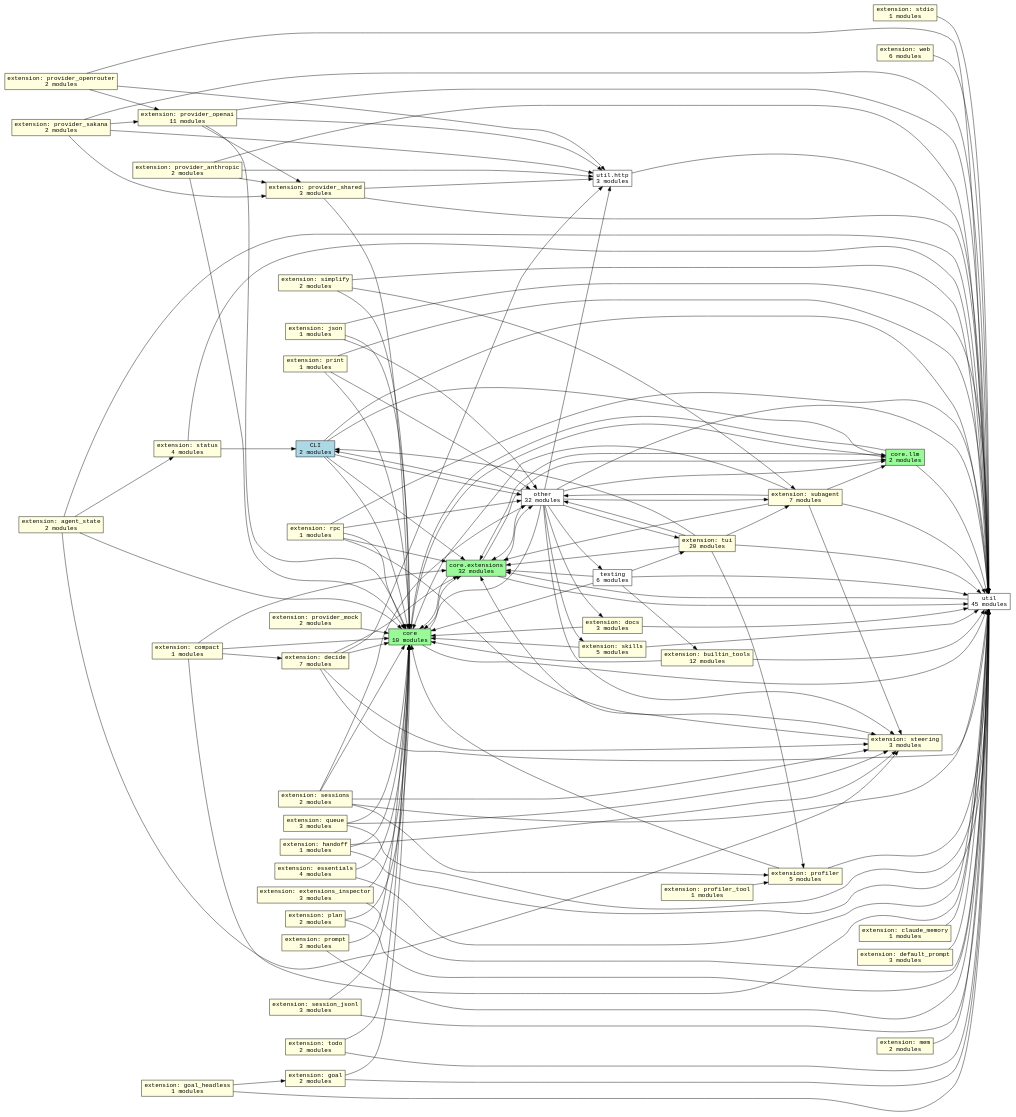
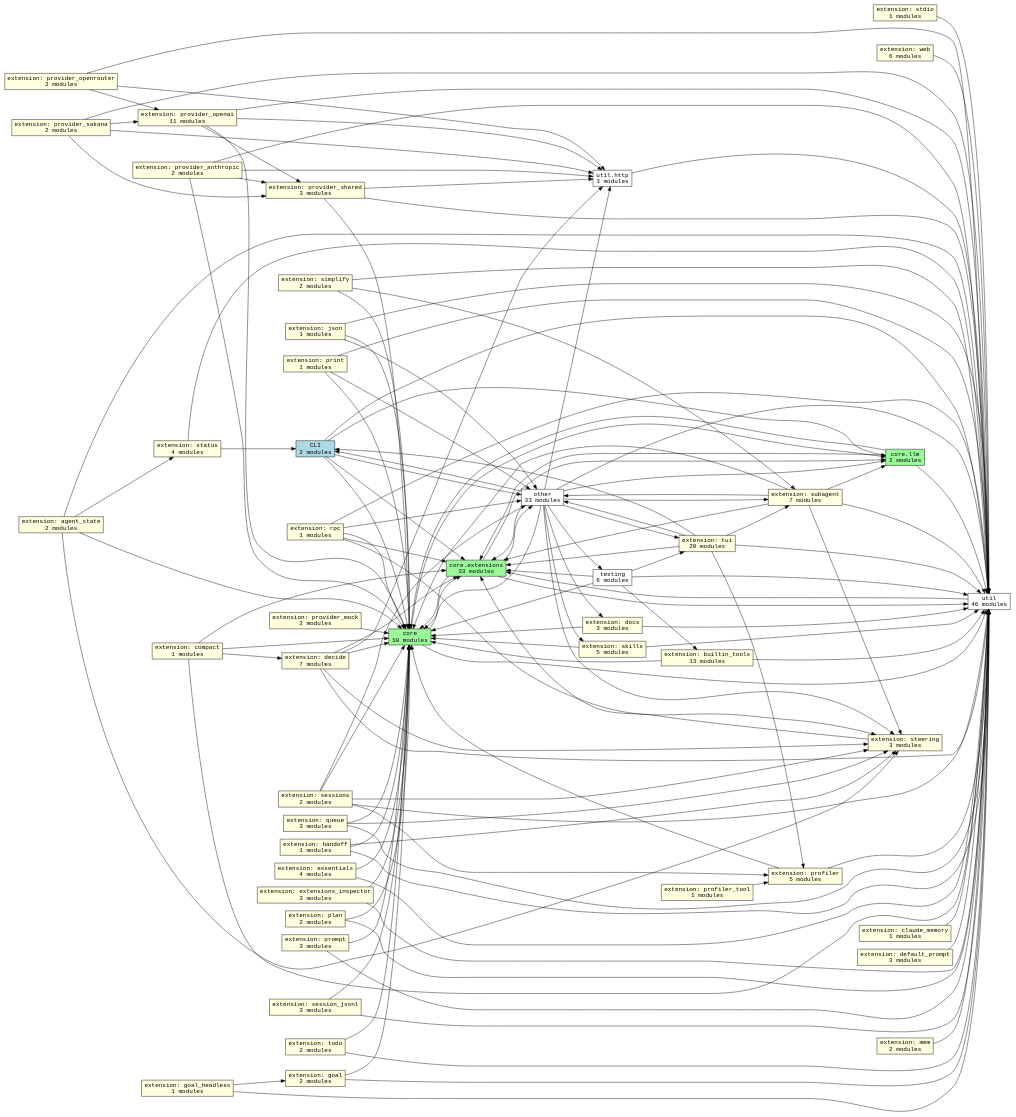
The diagram in docs/graphs/subsystems.dot (acmiyaguchi/fen), drawn with Graphviz before and after one commit. The commit also changed 75 other files, not shown here.

First line of the commit message:
fix(extensions, context): per-owner contrib table, usage ledger, canonical tools

```diff
--- a/docs/graphs/subsystems.dot
+++ b/docs/graphs/subsystems.dot
@@ -1,187 +1,187 @@
 digraph fen_subsystems {
   graph [rankdir=LR];
   node [shape=box, fontname="monospace"];
   edge [fontname="monospace"];
   "cli" [fillcolor="lightblue", label="CLI\n2 modules", style="filled"];
   "core" [fillcolor="palegreen", label="core\n10 modules", style="filled"];
-  "core.extensions" [fillcolor="palegreen", label="core.extensions\n32 modules", style="filled"];
+  "core.extensions" [fillcolor="palegreen", label="core.extensions\n33 modules", style="filled"];
   "core.llm" [fillcolor="palegreen", label="core.llm\n2 modules", style="filled"];
   "extension.agent_state" [fillcolor="lightyellow", label="extension: agent_state\n2 modules", style="filled"];
-  "extension.builtin_tools" [fillcolor="lightyellow", label="extension: builtin_tools\n12 modules", style="filled"];
+  "extension.builtin_tools" [fillcolor="lightyellow", label="extension: builtin_tools\n13 modules", style="filled"];
   "extension.claude_memory" [fillcolor="lightyellow", label="extension: claude_memory\n1 modules", style="filled"];
   "extension.compact" [fillcolor="lightyellow", label="extension: compact\n1 modules", style="filled"];
   "extension.decide" [fillcolor="lightyellow", label="extension: decide\n7 modules", style="filled"];
   "extension.default_prompt" [fillcolor="lightyellow", label="extension: default_prompt\n3 modules", style="filled"];
   "extension.docs" [fillcolor="lightyellow", label="extension: docs\n3 modules", style="filled"];
   "extension.essentials" [fillcolor="lightyellow", label="extension: essentials\n4 modules", style="filled"];
   "extension.extensions_inspector" [fillcolor="lightyellow", label="extension: extensions_inspector\n3 modules", style="filled"];
   "extension.goal" [fillcolor="lightyellow", label="extension: goal\n2 modules", style="filled"];
   "extension.goal_headless" [fillcolor="lightyellow", label="extension: goal_headless\n1 modules", style="filled"];
   "extension.handoff" [fillcolor="lightyellow", label="extension: handoff\n1 modules", style="filled"];
   "extension.json" [fillcolor="lightyellow", label="extension: json\n1 modules", style="filled"];
   "extension.mem" [fillcolor="lightyellow", label="extension: mem\n2 modules", style="filled"];
   "extension.plan" [fillcolor="lightyellow", label="extension: plan\n2 modules", style="filled"];
   "extension.print" [fillcolor="lightyellow", label="extension: print\n1 modules", style="filled"];
   "extension.profiler" [fillcolor="lightyellow", label="extension: profiler\n5 modules", style="filled"];
   "extension.profiler_tool" [fillcolor="lightyellow", label="extension: profiler_tool\n1 modules", style="filled"];
   "extension.prompt" [fillcolor="lightyellow", label="extension: prompt\n3 modules", style="filled"];
   "extension.provider_anthropic" [fillcolor="lightyellow", label="extension: provider_anthropic\n2 modules", style="filled"];
   "extension.provider_mock" [fillcolor="lightyellow", label="extension: provider_mock\n2 modules", style="filled"];
   "extension.provider_openai" [fillcolor="lightyellow", label="extension: provider_openai\n11 modules", style="filled"];
   "extension.provider_openrouter" [fillcolor="lightyellow", label="extension: provider_openrouter\n2 modules", style="filled"];
   "extension.provider_sakana" [fillcolor="lightyellow", label="extension: provider_sakana\n2 modules", style="filled"];
   "extension.provider_shared" [fillcolor="lightyellow", label="extension: provider_shared\n3 modules", style="filled"];
   "extension.queue" [fillcolor="lightyellow", label="extension: queue\n3 modules", style="filled"];
   "extension.rpc" [fillcolor="lightyellow", label="extension: rpc\n1 modules", style="filled"];
   "extension.session_jsonl" [fillcolor="lightyellow", label="extension: session_jsonl\n3 modules", style="filled"];
   "extension.sessions" [fillcolor="lightyellow", label="extension: sessions\n2 modules", style="filled"];
   "extension.simplify" [fillcolor="lightyellow", label="extension: simplify\n2 modules", style="filled"];
   "extension.skills" [fillcolor="lightyellow", label="extension: skills\n5 modules", style="filled"];
   "extension.status" [fillcolor="lightyellow", label="extension: status\n4 modules", style="filled"];
   "extension.stdio" [fillcolor="lightyellow", label="extension: stdio\n1 modules", style="filled"];
   "extension.steering" [fillcolor="lightyellow", label="extension: steering\n3 modules", style="filled"];
   "extension.subagent" [fillcolor="lightyellow", label="extension: subagent\n7 modules", style="filled"];
   "extension.todo" [fillcolor="lightyellow", label="extension: todo\n2 modules", style="filled"];
   "extension.tui" [fillcolor="lightyellow", label="extension: tui\n20 modules", style="filled"];
   "extension.web" [fillcolor="lightyellow", label="extension: web\n6 modules", style="filled"];
-  "other" [fillcolor="white", label="other\n32 modules", style="filled"];
+  "other" [fillcolor="white", label="other\n33 modules", style="filled"];
   "testing" [fillcolor="white", label="testing\n6 modules", style="filled"];
-  "util" [fillcolor="white", label="util\n45 modules", style="filled"];
+  "util" [fillcolor="white", label="util\n46 modules", style="filled"];
   "util.http" [fillcolor="white", label="util.http\n3 modules", style="filled"];
   "cli" -> "core";
   "cli" -> "core.extensions";
   "cli" -> "core.llm";
   "cli" -> "other";
   "cli" -> "util";
   "core" -> "core.extensions";
   "core" -> "core.llm";
   "core" -> "util";
   "core.extensions" -> "core";
   "core.extensions" -> "core.llm";
   "core.extensions" -> "other";
   "core.extensions" -> "util";
   "core.llm" -> "core";
   "core.llm" -> "core.extensions";
   "core.llm" -> "util";
   "extension.agent_state" -> "core";
   "extension.agent_state" -> "extension.status";
   "extension.agent_state" -> "extension.steering";
   "extension.agent_state" -> "util";
   "extension.builtin_tools" -> "core";
   "extension.builtin_tools" -> "util";
   "extension.claude_memory" -> "util";
   "extension.compact" -> "core";
   "extension.compact" -> "core.extensions";
   "extension.compact" -> "extension.decide";
   "extension.compact" -> "util";
   "extension.decide" -> "core";
   "extension.decide" -> "core.extensions";
   "extension.decide" -> "extension.steering";
   "extension.decide" -> "util";
   "extension.decide" -> "util.http";
   "extension.default_prompt" -> "util";
   "extension.docs" -> "core";
   "extension.docs" -> "util";
   "extension.essentials" -> "core";
   "extension.essentials" -> "util";
   "extension.extensions_inspector" -> "core";
   "extension.extensions_inspector" -> "util";
   "extension.goal" -> "core";
   "extension.goal" -> "util";
   "extension.goal_headless" -> "extension.goal";
   "extension.goal_headless" -> "util";
   "extension.handoff" -> "core";
   "extension.handoff" -> "extension.steering";
   "extension.handoff" -> "util";
   "extension.json" -> "core";
   "extension.json" -> "other";
   "extension.json" -> "util";
   "extension.mem" -> "util";
   "extension.plan" -> "core";
   "extension.plan" -> "util";
   "extension.print" -> "core";
   "extension.print" -> "other";
   "extension.print" -> "util";
   "extension.profiler" -> "core";
   "extension.profiler" -> "util";
   "extension.profiler_tool" -> "extension.profiler";
   "extension.prompt" -> "core";
   "extension.prompt" -> "util";
   "extension.provider_anthropic" -> "core";
   "extension.provider_anthropic" -> "extension.provider_shared";
   "extension.provider_anthropic" -> "util";
   "extension.provider_anthropic" -> "util.http";
   "extension.provider_mock" -> "core";
   "extension.provider_openai" -> "core";
   "extension.provider_openai" -> "extension.provider_shared";
   "extension.provider_openai" -> "util";
   "extension.provider_openai" -> "util.http";
   "extension.provider_openrouter" -> "extension.provider_openai";
   "extension.provider_openrouter" -> "util";
   "extension.provider_openrouter" -> "util.http";
   "extension.provider_sakana" -> "extension.provider_openai";
   "extension.provider_sakana" -> "extension.provider_shared";
   "extension.provider_sakana" -> "util";
   "extension.provider_sakana" -> "util.http";
   "extension.provider_shared" -> "core";
   "extension.provider_shared" -> "util";
   "extension.provider_shared" -> "util.http";
   "extension.queue" -> "core";
   "extension.queue" -> "extension.steering";
   "extension.queue" -> "util";
   "extension.rpc" -> "core";
   "extension.rpc" -> "core.extensions";
   "extension.rpc" -> "extension.steering";
   "extension.rpc" -> "other";
   "extension.rpc" -> "util";
   "extension.session_jsonl" -> "core";
   "extension.session_jsonl" -> "util";
   "extension.sessions" -> "core";
   "extension.sessions" -> "extension.profiler";
   "extension.sessions" -> "extension.steering";
   "extension.sessions" -> "other";
   "extension.sessions" -> "util";
   "extension.simplify" -> "core";
   "extension.simplify" -> "extension.subagent";
   "extension.simplify" -> "util";
   "extension.skills" -> "core";
   "extension.skills" -> "util";
   "extension.status" -> "cli";
   "extension.status" -> "util";
   "extension.stdio" -> "util";
   "extension.steering" -> "core.extensions";
   "extension.subagent" -> "core";
   "extension.subagent" -> "core.extensions";
   "extension.subagent" -> "core.llm";
   "extension.subagent" -> "extension.steering";
   "extension.subagent" -> "other";
   "extension.subagent" -> "util";
   "extension.todo" -> "core";
   "extension.todo" -> "util";
   "extension.tui" -> "cli";
   "extension.tui" -> "core.extensions";
   "extension.tui" -> "extension.profiler";
   "extension.tui" -> "extension.subagent";
   "extension.tui" -> "other";
   "extension.tui" -> "util";
   "extension.web" -> "util";
   "other" -> "cli";
   "other" -> "core";
   "other" -> "core.extensions";
   "other" -> "core.llm";
   "other" -> "extension.docs";
   "other" -> "extension.skills";
   "other" -> "extension.steering";
   "other" -> "extension.subagent";
   "other" -> "extension.tui";
   "other" -> "testing";
   "other" -> "util";
   "other" -> "util.http";
   "testing" -> "core";
   "testing" -> "core.extensions";
   "testing" -> "extension.builtin_tools";
   "testing" -> "extension.tui";
   "testing" -> "util";
   "util" -> "core.extensions";
   "util.http" -> "util";
 }
```
